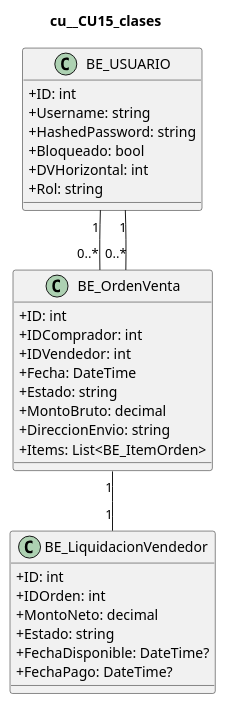
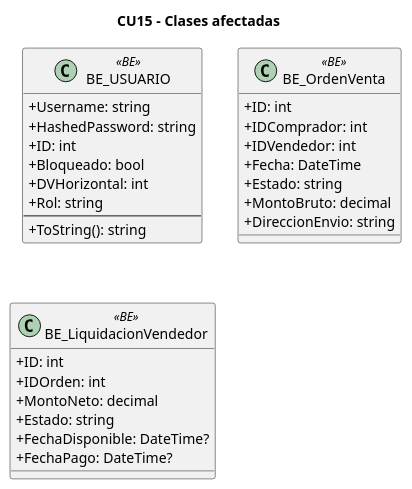
One commit to L-Muniz/uai-diploma_2026 changed the diagram in docs/diagramas/uml/cu__CU15_clases.puml. Above: the diagram before and after it, drawn with PlantUML. The commit also changed 58 other files, not shown here.

Commit message:
Docs: diagramas de clases con la notación de la tercera entrega (paquetes, estereotipos, firmas, asociaciones)

```diff
--- a/docs/diagramas/uml/cu__CU15_clases.puml
+++ b/docs/diagramas/uml/cu__CU15_clases.puml
@@ -1,33 +1,31 @@
 @startuml
 skinparam classAttributeIconSize 0
-title cu__CU15_clases
-class "BE_USUARIO" as USUARIO {
-  +ID: int
+title CU15 - Clases afectadas
+class "BE_USUARIO" as BE_USUARIO <<BE>> {
   +Username: string
   +HashedPassword: string
+  +ID: int
   +Bloqueado: bool
   +DVHorizontal: int
   +Rol: string
+  --
+  +ToString(): string
 }
-class "BE_OrdenVenta" as ORDEN {
+class "BE_OrdenVenta" as BE_OrdenVenta <<BE>> {
   +ID: int
   +IDComprador: int
   +IDVendedor: int
   +Fecha: DateTime
   +Estado: string
   +MontoBruto: decimal
   +DireccionEnvio: string
-  +Items: List<BE_ItemOrden>
 }
-class "BE_LiquidacionVendedor" as LIQUIDACION {
+class "BE_LiquidacionVendedor" as BE_LiquidacionVendedor <<BE>> {
   +ID: int
   +IDOrden: int
   +MontoNeto: decimal
   +Estado: string
   +FechaDisponible: DateTime?
   +FechaPago: DateTime?
 }
-USUARIO "1" -- "0..*" ORDEN
-USUARIO "1" -- "0..*" ORDEN
-ORDEN "1" -- "1" LIQUIDACION
 @enduml
```
